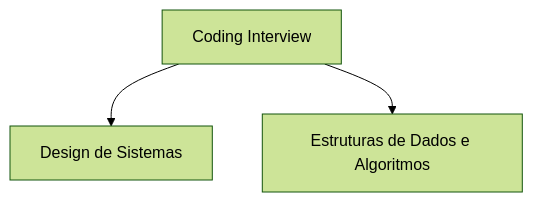
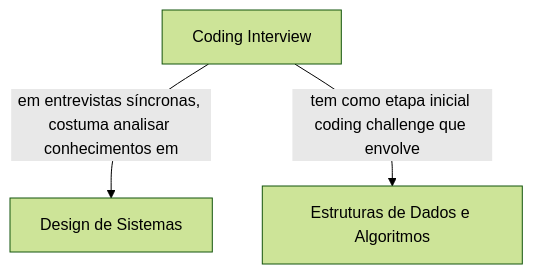
Before and after one commit to nori-marcos/Coding-Interview: the diagram in README.md, drawn with Mermaid (forest theme). The commit also changed other lines of this file and 3 other files, not shown here.

````diff
--- a/README.md
+++ b/README.md
@@ -12,13 +12,13 @@
 ```mermaid
 graph TD
   A[Coding Interview]
   B[Design de Sistemas]
   C[Estruturas de Dados e Algoritmos]
 
-  A --> B
-  A --> C
+  A --em entrevistas síncronas, costuma analisar conhecimentos em--> B
+  A --tem como etapa inicial coding challenge que envolve--> C
 
   click A "https://github.com/nori-marcos/Coding-Interview/blob/main/README.md" _blank
   click B "https://github.com/nori-marcos/Coding-Interview/blob/main/1%20System%20Design%20Fundamentals/Design%20de%20Sistemas.md" _blank
   click C "https://github.com/nori-marcos/Coding-Interview/blob/main/Algorithms%20and%20Data%20Structures/Algoritmos%20e%20Estruturas%20de%20Dados.md" _blank
 ```
````
